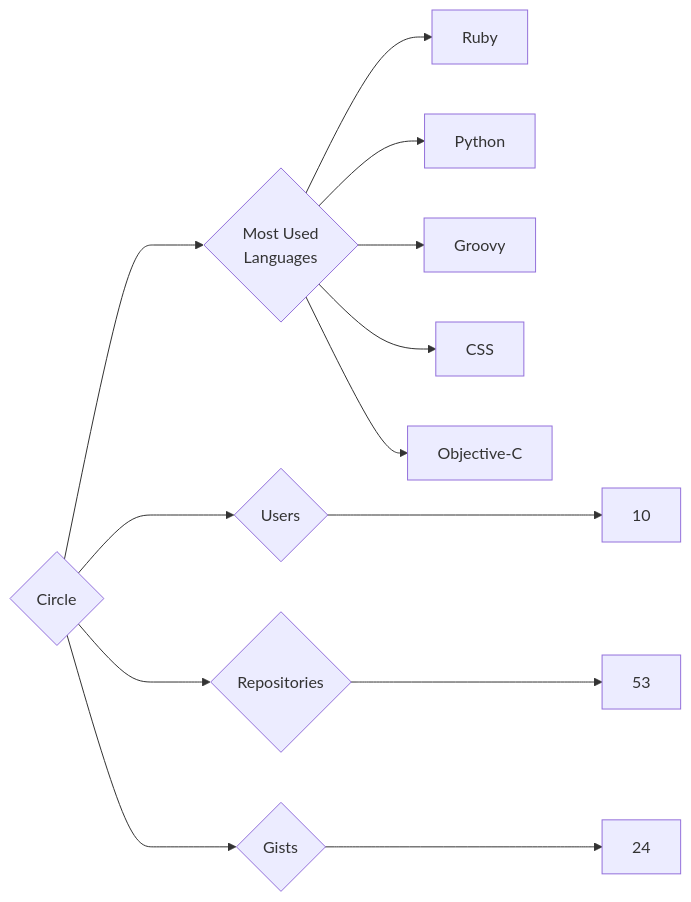
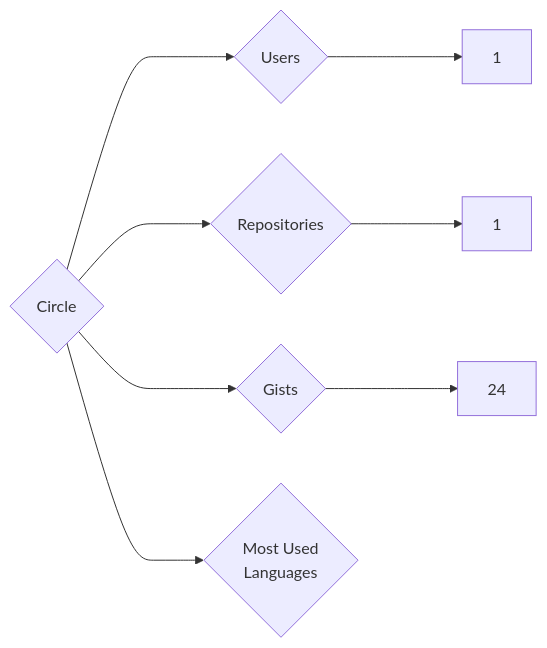
Before and after one commit to trickest/insiders: the diagram in targets/Circle/README.md, drawn with Mermaid. The commit also changed 894 other files, not shown here.

````diff
--- a/targets/Circle/README.md
+++ b/targets/Circle/README.md
@@ -3,13 +3,8 @@
 ```mermaid
 graph LR
 COMPANY_NAME{Circle}
-COMPANY_NAME ---> U{Users} ---> UN[10]
-COMPANY_NAME ---> R{Repositories} ---> RN[53]
+COMPANY_NAME ---> U{Users} ---> UN[1]
+COMPANY_NAME ---> R{Repositories} ---> RN[1]
 COMPANY_NAME ---> G{Gists} ---> GN[24]
 COMPANY_NAME ---> ML{Most Used<br>Languages}
-ML --> Ruby[Ruby]
-ML --> Python[Python]
-ML --> Groovy[Groovy]
-ML --> CSS[CSS]
-ML --> Objective-C[Objective-C]
 ```
````
